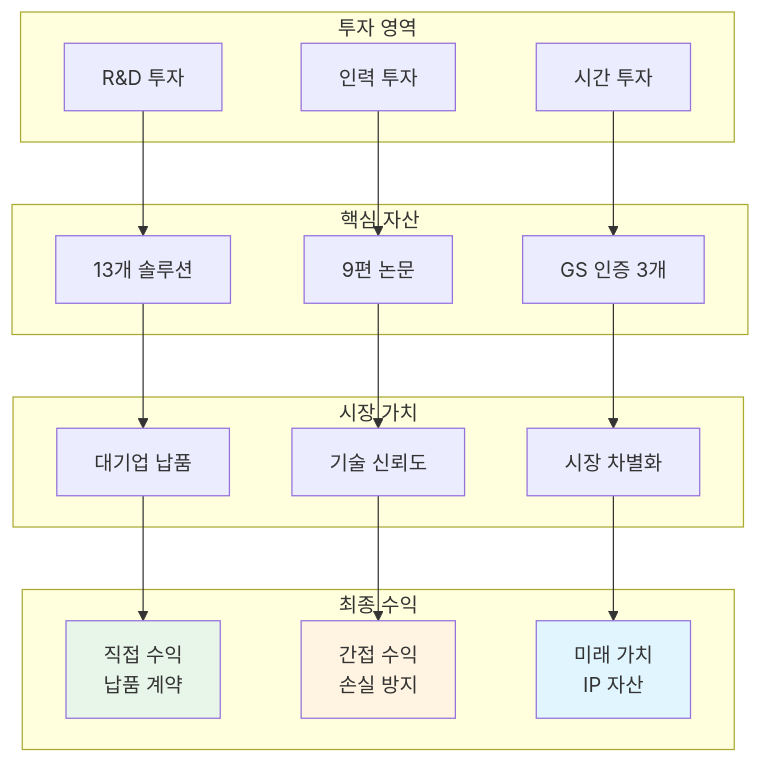
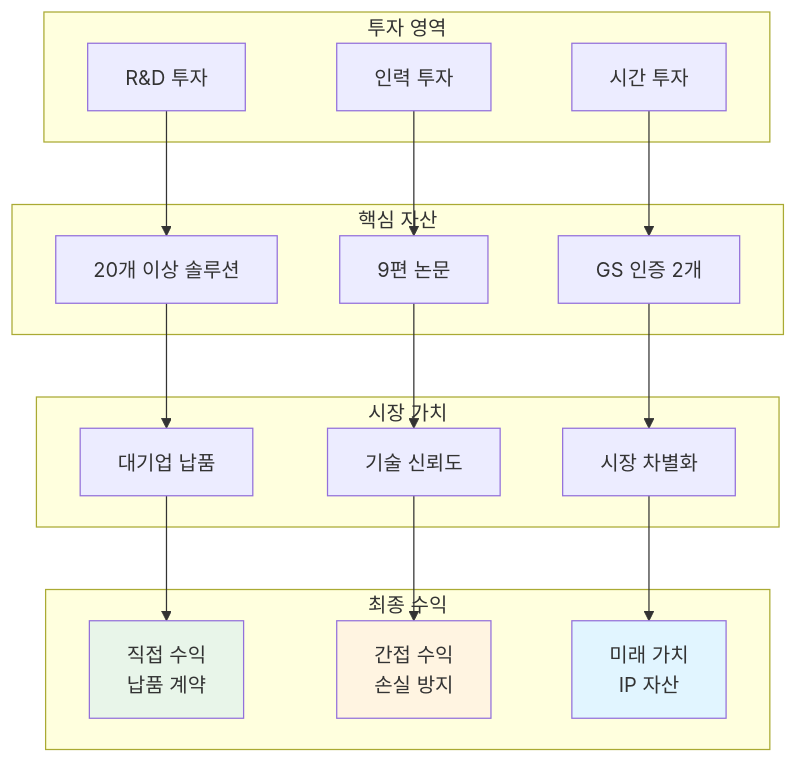
Before and after one commit to moobaek/Testing_AI_agents_for_public_use: the first of 9 diagrams in portfolio/portfolio_docs/Executive_Summary/02_Business_Value.md, drawn with Mermaid. The commit also changed other lines of this file and 16 other files, not shown here.

First line of the commit message:
포트폴리오 문서 업데이트: GS 인증 정보 수정, Mermaid 다이어그램 옵시디언 호환성 개선, 개인 프로필 추가

````diff
--- a/portfolio/portfolio_docs/Executive_Summary/02_Business_Value.md
+++ b/portfolio/portfolio_docs/Executive_Summary/02_Business_Value.md
@@ -17,42 +17,42 @@
 ```mermaid
 graph TD
     subgraph "투자 영역"
         I1["R&D 투자"]
         I2["인력 투자"]
         I3["시간 투자"]
     end
     
     subgraph "핵심 자산"
-        A1["13개 솔루션"]
+        A1["20개 이상 솔루션"]
         A2["9편 논문"]
-        A3["GS 인증 3개"]
+        A3["GS 인증 2개"]
     end
     
     subgraph "시장 가치"
         M1["대기업 납품"]
         M2["기술 신뢰도"]
         M3["시장 차별화"]
     end
     
     subgraph "최종 수익"
         R1["직접 수익<br/>납품 계약"]
         R2["간접 수익<br/>손실 방지"]
         R3["미래 가치<br/>IP 자산"]
     end
     
     I1 --> A1
     I2 --> A2
     I3 --> A3
     
     A1 --> M1
     A2 --> M2
     A3 --> M3
     
     M1 --> R1
     M2 --> R2
     M3 --> R3
     
     style R1 fill:#e8f5e9
     style R2 fill:#fff4e1
     style R3 fill:#e1f5ff
 ```
````
